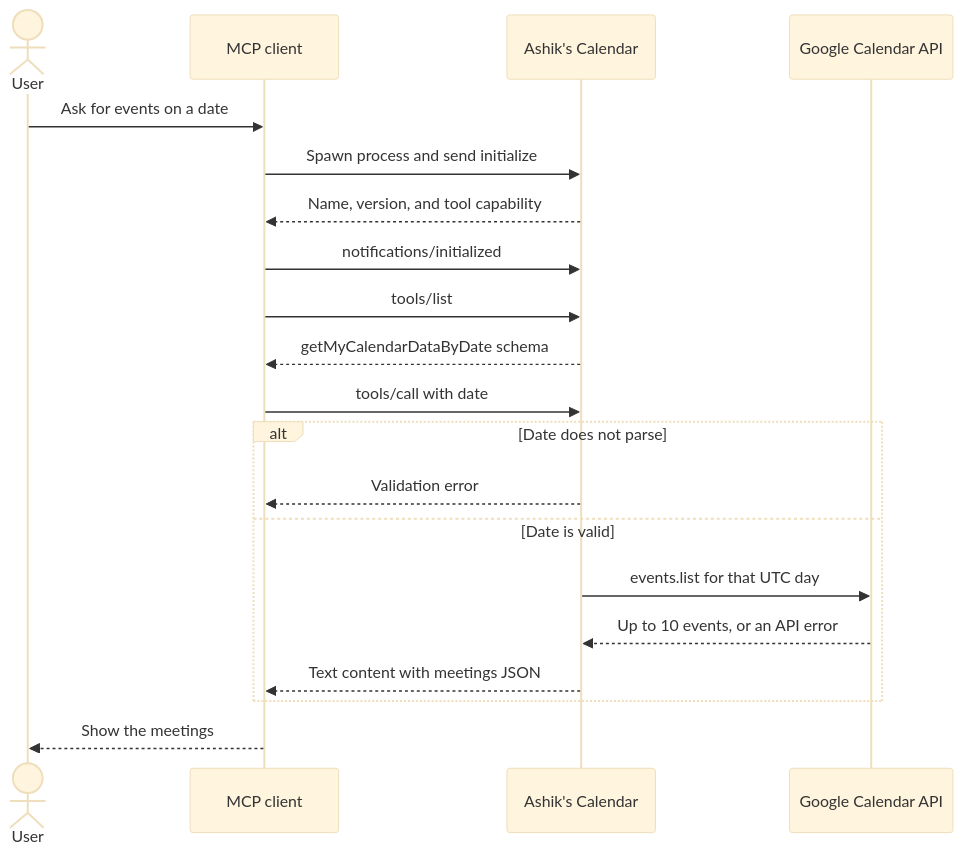
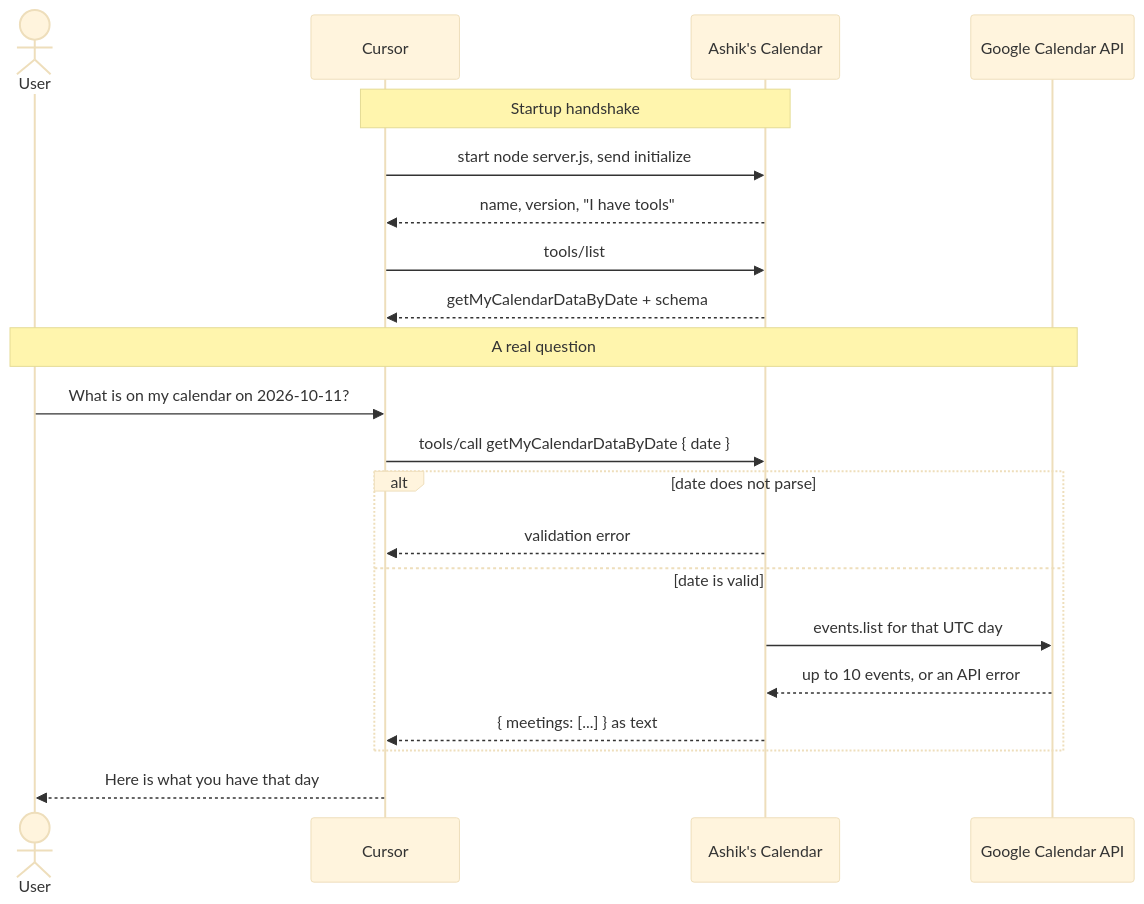
Before and after one commit to kaziashik/MCP-server-: the fourth of 6 diagrams in README.md, drawn with Mermaid (base theme). The commit also changed other lines of this file, not shown here.

````diff
--- a/README.md
+++ b/README.md
@@ -143,23 +112,25 @@
 ```mermaid
 sequenceDiagram
     actor User
-    participant Client as MCP client
+    participant Cursor
     participant Server as Ashik's Calendar
     participant Google as Google Calendar API
 
-    User->>Client: Ask for events on a date
-    Client->>Server: Spawn process and send initialize
-    Server-->>Client: Name, version, and tool capability
-    Client->>Server: notifications/initialized
-    Client->>Server: tools/list
-    Server-->>Client: getMyCalendarDataByDate schema
-    Client->>Server: tools/call with date
-    alt Date does not parse
-        Server-->>Client: Validation error
-    else Date is valid
+    Note over Cursor,Server: Startup handshake
+    Cursor->>Server: start node server.js, send initialize
+    Server-->>Cursor: name, version, "I have tools"
+    Cursor->>Server: tools/list
+    Server-->>Cursor: getMyCalendarDataByDate + schema
+
+    Note over User,Google: A real question
+    User->>Cursor: What is on my calendar on 2026-10-11?
+    Cursor->>Server: tools/call getMyCalendarDataByDate { date }
+    alt date does not parse
+        Server-->>Cursor: validation error
+    else date is valid
         Server->>Google: events.list for that UTC day
-        Google-->>Server: Up to 10 events, or an API error
-        Server-->>Client: Text content with meetings JSON
+        Google-->>Server: up to 10 events, or an API error
+        Server-->>Cursor: { meetings: [...] } as text
     end
-    Client-->>User: Show the meetings
+    Cursor-->>User: Here is what you have that day
 ```
````
